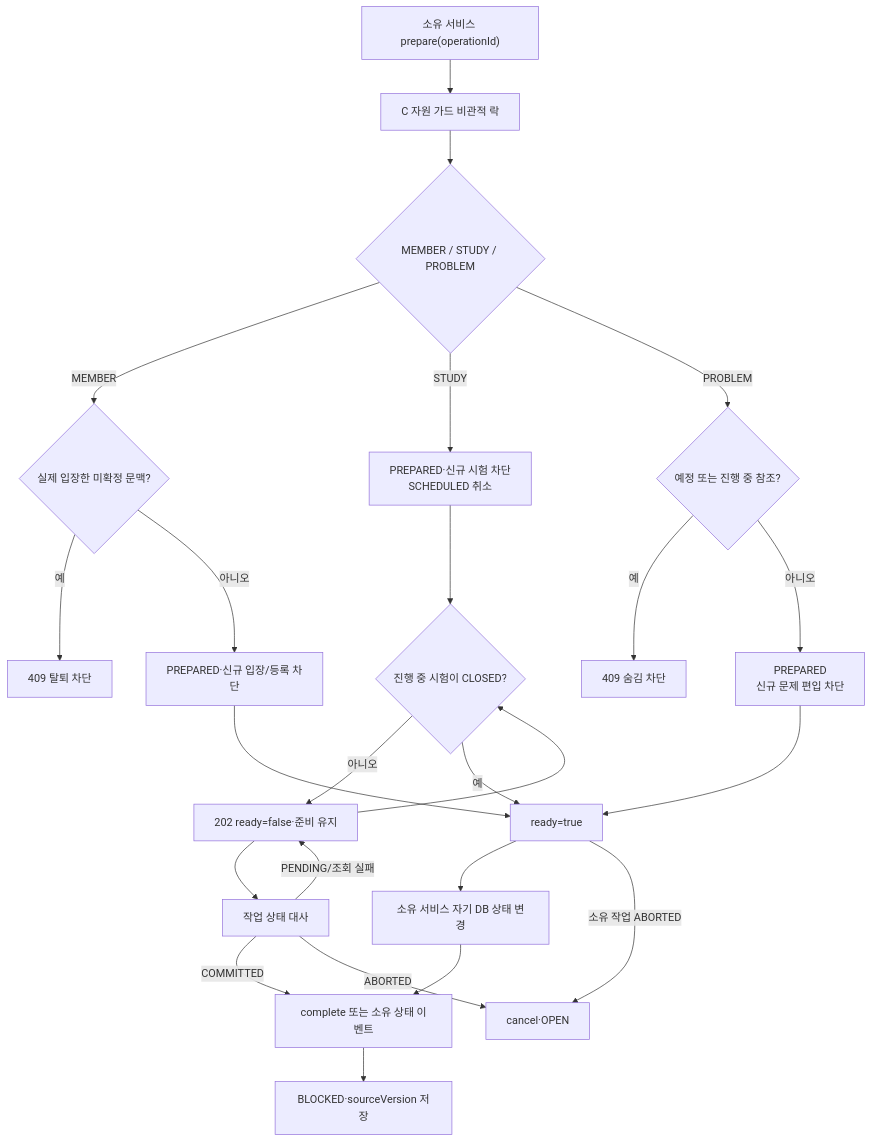
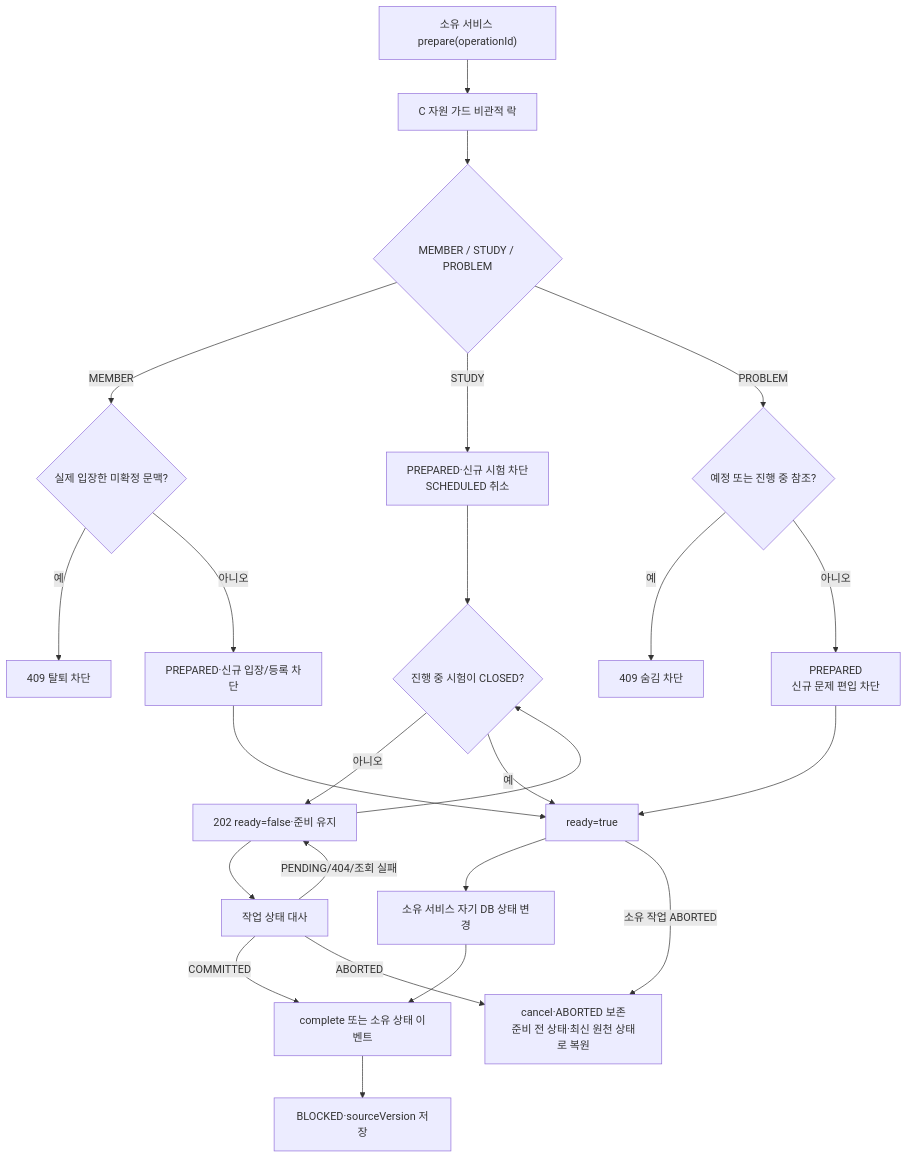
One commit to Back-To-Back-team-3/re-solve changed diagram 32 of 57 in docs/dev/architecture/diagrams.md. Above: the diagram before and after it, drawn with Mermaid. The commit also changed other lines of this file and 6 other files, not shown here.

````diff
--- a/docs/dev/architecture/diagrams.md
+++ b/docs/dev/architecture/diagrams.md
@@ -997,26 +1010,26 @@
 ```mermaid
 flowchart TD
     A["소유 서비스 prepare(operationId)"] --> B["C 자원 가드 비관적 락"]
     B --> C{"MEMBER / STUDY / PROBLEM"}
     C -->|"MEMBER"| M{"실제 입장한 미확정 문맥?"}
     M -->|"예"| X["409 탈퇴 차단"]
     M -->|"아니오"| P["PREPARED·신규 입장/등록 차단"]
     C -->|"STUDY"| S["PREPARED·신규 시험 차단<br>SCHEDULED 취소"]
     S --> T{"진행 중 시험이 CLOSED?"}
     T -->|"아니오"| W["202 ready=false·준비 유지"]
     W --> T
     T -->|"예"| R["ready=true"]
     C -->|"PROBLEM"| G{"예정 또는 진행 중 참조?"}
     G -->|"예"| Y["409 숨김 차단"]
     G -->|"아니오"| PP["PREPARED<br>신규 문제 편입 차단"]
     PP --> R
     P --> R
     R --> O["소유 서비스 자기 DB 상태 변경"]
     O --> D["complete 또는 소유 상태 이벤트"]
     D --> E["BLOCKED·sourceVersion 저장"]
-    R -->|"소유 작업 ABORTED"| F["cancel·OPEN"]
+    R -->|"소유 작업 ABORTED"| F["cancel·ABORTED 보존<br>준비 전 상태·최신 원천 상태로 복원"]
     W --> Z["작업 상태 대사"]
-    Z -->|"PENDING/조회 실패"| W
+    Z -->|"PENDING/404/조회 실패"| W
     Z -->|"COMMITTED"| D
     Z -->|"ABORTED"| F
 ```
````
